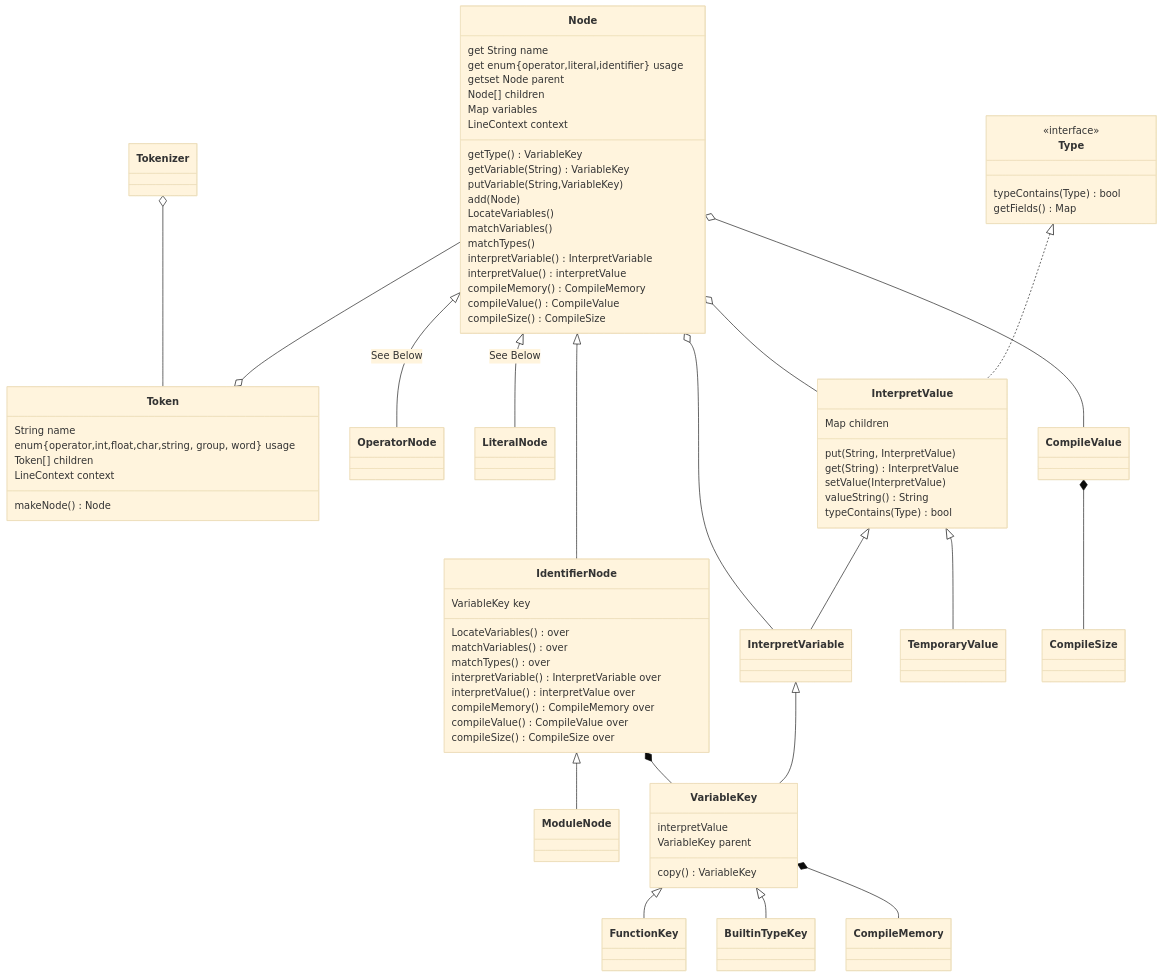
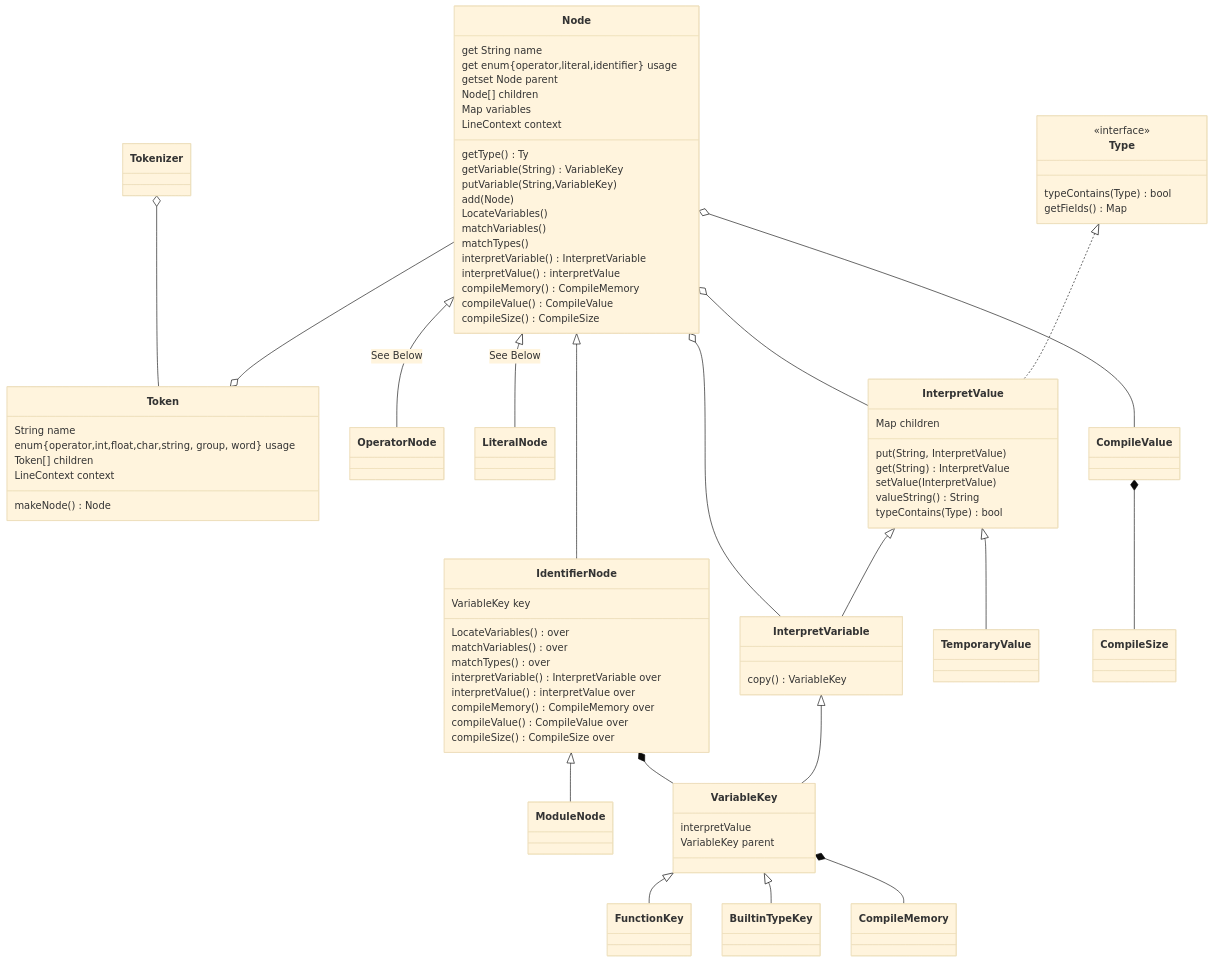
The second of 5 diagrams in Implementation.md (Jzhyang1/Monomer), drawn with Mermaid (base theme) before and after one commit. The commit also changed other lines of this file, not shown here.

Commit message:
Implementation.md updated from https://stackedit.io/

````diff
--- a/Implementation.md
+++ b/Implementation.md
@@ -76,72 +76,73 @@
 ```mermaid
 classDiagram
 Tokenizer o-- Token
 Node --o Token
 
 Node <|-- OperatorNode: See Below
 Node <|-- LiteralNode: See Below
 Node <|-- IdentifierNode
 Node o-- InterpretVariable
 Node o-- InterpretValue
 IdentifierNode <|-- ModuleNode
 IdentifierNode *-- VariableKey
 VariableKey <|-- FunctionKey
 VariableKey <|-- BuiltinTypeKey
 VariableKey *-- CompileMemory
 InterpretValue <|-- InterpretVariable
 InterpretValue <|-- TemporaryValue
 Type <|.. InterpretValue
 InterpretVariable <|-- VariableKey
 CompileValue *-- CompileSize
 Node o-- CompileValue
 
 Token: String name
 Token: enum{operator,int,float,char,string, group, word} usage
 Token: Token[] children
 Token: LineContext context
 Token: makeNode() Node
 
 Node: get String name
 Node: get enum{operator,literal,identifier} usage
 Node: getset Node parent
 Node: Node[] children
 Node: Map<String, VariableKey> variables
 Node: LineContext context
-Node: getType() VariableKey
+Node: getType() Ty
 Node: getVariable(String) VariableKey
 Node: putVariable(String,VariableKey)
 Node: add(Node)
 Node: LocateVariables()
 Node: matchVariables()
 Node: matchTypes()
 Node: interpretVariable() InterpretVariable
 Node: interpretValue() interpretValue
 Node: compileMemory() CompileMemory
 Node: compileValue() CompileValue
 Node: compileSize() CompileSize
 
 IdentifierNode: VariableKey key
 IdentifierNode: LocateVariables() over
 IdentifierNode: matchVariables() over
 IdentifierNode: matchTypes() over
 IdentifierNode: interpretVariable() InterpretVariable over
 IdentifierNode: interpretValue() interpretValue over
 IdentifierNode: compileMemory() CompileMemory over
 IdentifierNode: compileValue() CompileValue over
 IdentifierNode: compileSize() CompileSize over
 
 InterpretValue: Map<String, InterpretValue> children
 InterpretValue: put(String, InterpretValue)
 InterpretValue: get(String) InterpretValue
 InterpretValue: setValue(InterpretValue)
 InterpretValue: valueString() String
 InterpretValue: typeContains(Type) bool
 
+InterpretVariable: copy() VariableKey
+
 VariableKey: interpretValue
 VariableKey: VariableKey parent
-VariableKey: copy() VariableKey
 
 <<interface>> Type
 Type: typeContains(Type) bool
 Type: getFields() Map<String,Type>
 ```
````
